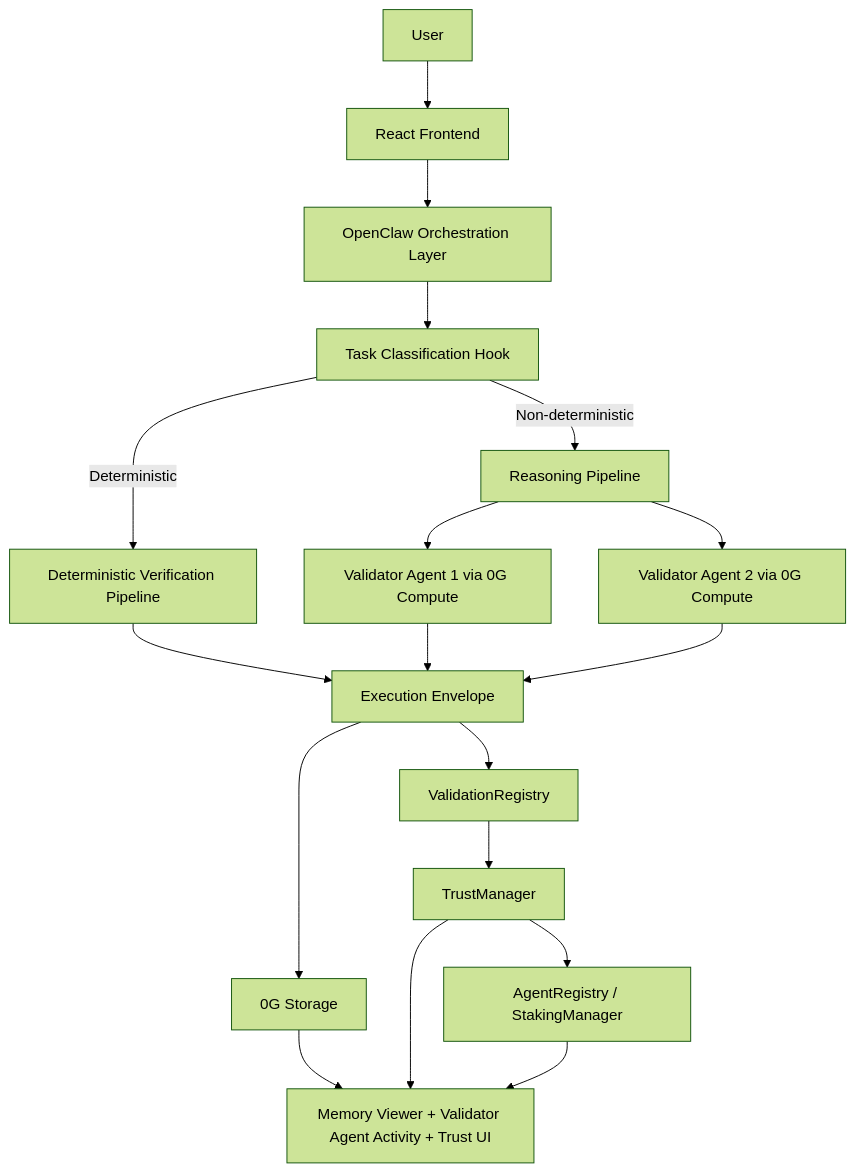
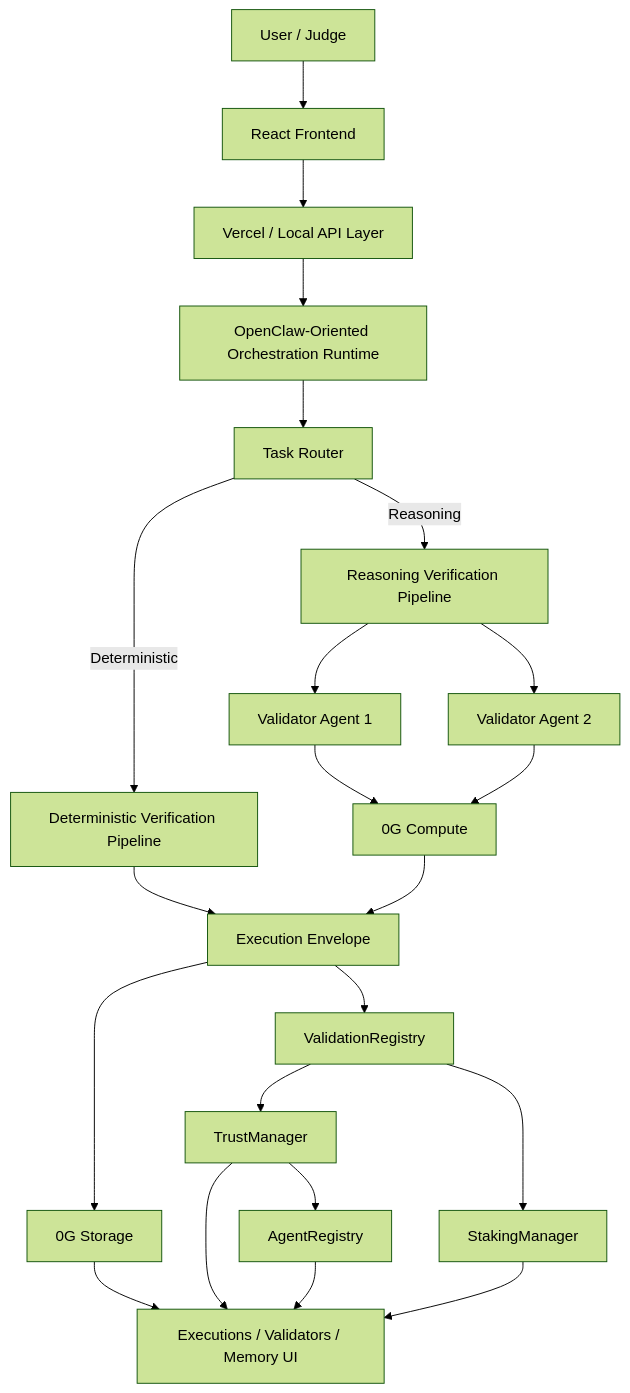
One commit to himanshu37377/AgentTrust changed the diagram in README.md. Above: the diagram before and after it, drawn with Mermaid (forest theme). The commit also changed other lines of this file, not shown here.

Commit message:
Improve TrustLayer README for judges

````diff
--- a/README.md
+++ b/README.md
@@ -136,20 +76,24 @@
 ```mermaid
 flowchart TD
-  U["User"] --> FE["React Frontend"]
-  FE --> OC["OpenClaw Orchestration Layer"]
-  OC --> TC["Task Classification Hook"]
-  TC -->|Deterministic| DP["Deterministic Verification Pipeline"]
-  TC -->|Non-deterministic| RP["Reasoning Pipeline"]
-  RP --> V1["Validator Agent 1 via 0G Compute"]
-  RP --> V2["Validator Agent 2 via 0G Compute"]
-  DP --> VE["Execution Envelope"]
-  V1 --> VE
-  V2 --> VE
-  VE --> S["0G Storage"]
-  VE --> VC["ValidationRegistry"]
-  VC --> TM["TrustManager"]
-  TM --> AR["AgentRegistry / StakingManager"]
-  S --> UI["Memory Viewer + Validator Agent Activity + Trust UI"]
+  U["User / Judge"] --> FE["React Frontend"]
+  FE --> API["Vercel / Local API Layer"]
+  API --> OC["OpenClaw-Oriented Orchestration Runtime"]
+  OC --> RT["Task Router"]
+  RT -->|Deterministic| DP["Deterministic Verification Pipeline"]
+  RT -->|Reasoning| RP["Reasoning Verification Pipeline"]
+  RP --> V1["Validator Agent 1"]
+  RP --> V2["Validator Agent 2"]
+  V1 --> C["0G Compute"]
+  V2 --> C
+  DP --> ENV["Execution Envelope"]
+  C --> ENV
+  ENV --> S["0G Storage"]
+  ENV --> VR["ValidationRegistry"]
+  VR --> TM["TrustManager"]
+  TM --> AR["AgentRegistry"]
+  VR --> SM["StakingManager"]
+  S --> UI["Executions / Validators / Memory UI"]
   TM --> UI
   AR --> UI
+  SM --> UI
 ```
````
